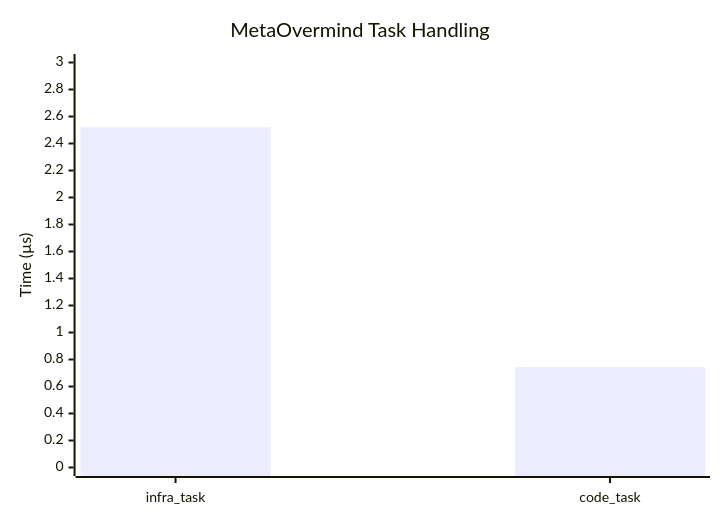
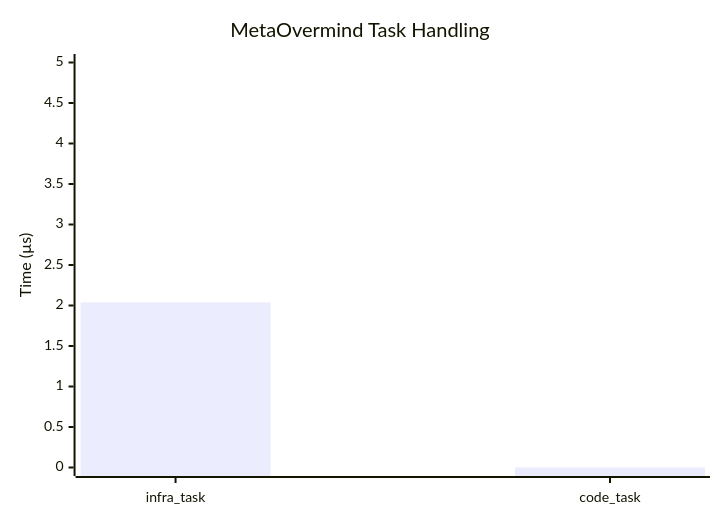
Before and after one commit to Rafned/Krait-Ecosystem: the fourth of 7 diagrams in docs/BENCHMARKS.MD, drawn with Mermaid. The commit also changed other lines of this file, not shown here.

````diff
--- a/docs/BENCHMARKS.MD
+++ b/docs/BENCHMARKS.MD
@@ -230,7 +175,7 @@
 ```mermaid
 xychart-beta
     title "MetaOvermind Task Handling"
     x-axis ["infra_task", "code_task"]
-    y-axis "Time (µs)" 0 --> 3
-    bar [2.52, 0.744]
+    y-axis "Time (µs)" 0 --> 5
+    bar [2.04, 0.000654]
 ```
````
